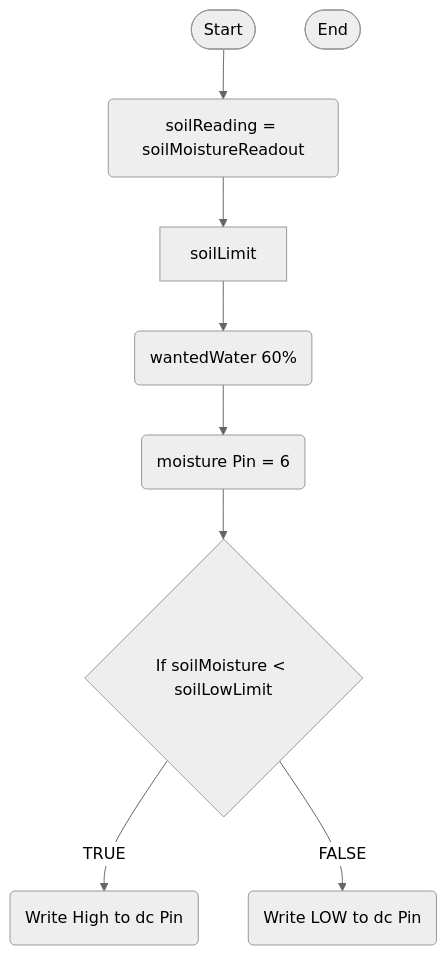
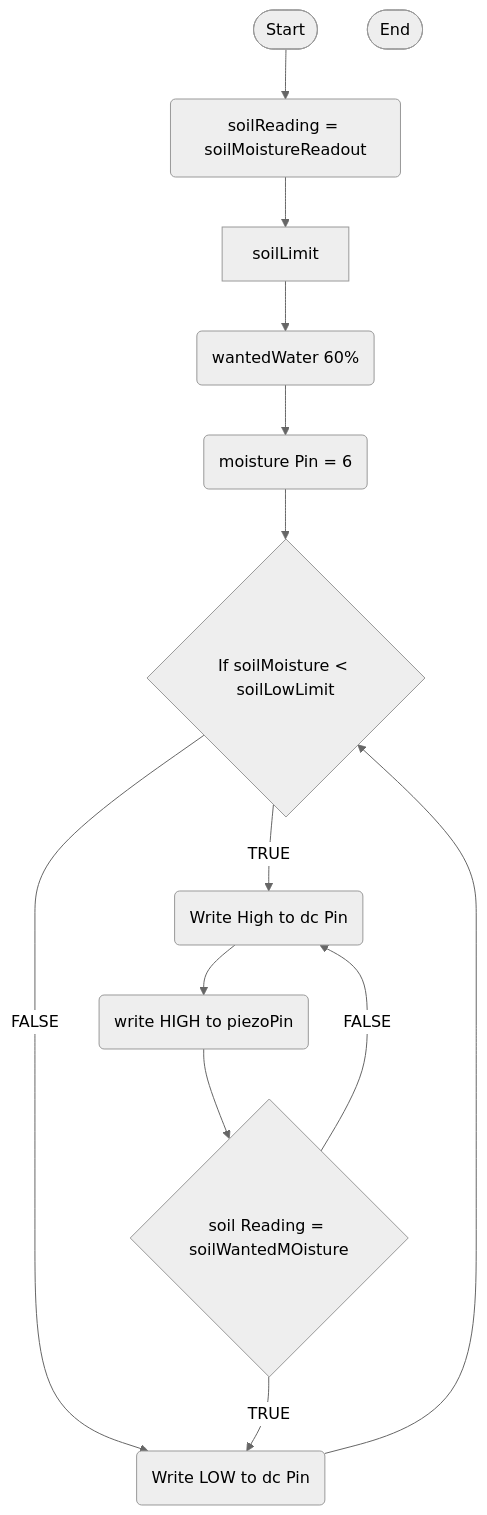
Before and after one commit to GodlyBlueDog/Automatic-GreenHouse-Person-Detection: the second of 5 diagrams in logic.md, drawn with Mermaid (neutral theme). The commit also changed other lines of this file, not shown here.

````diff
--- a/logic.md
+++ b/logic.md
@@ -123,34 +123,39 @@
 ```mermaid
 flowchart TD
 terminalStart([Start])
 terminalEnd([End])
 
-
+watering{soil Reading = soilWantedMOisture}
 soilMoistureSensor(soilReading = soilMoistureReadout)
-soilMoisture(wantedWater 60%)
+soilWantedMoisture(wantedWater 60%)
 moisturePin(moisture Pin = 6)
 moistureCheck{If soilMoisture < soilLowLimit}
 dcHIGH(Write High to dc Pin)
  dcLOW(Write LOW to dc Pin)
 terminalStart --> soilMoistureSensor
 soilMoistureSensor --> soilLimit
-soilLimit --> soilMoisture
-soilMoisture --> moisturePin
+soilLimit --> soilWantedMoisture
+soilWantedMoisture --> moisturePin
  moisturePin --> moistureCheck
  moistureCheck --> |TRUE| dcHIGH
   moistureCheck --> |FALSE| dcLOW
+  dcHIGH --> activatePiezo(write HIGH to piezoPin)
+  activatePiezo(write HIGH to piezoPin) --> watering
+  watering --> |TRUE|dcLOW
+  watering --> |FALSE|dcHIGH
+  dcLOW --> moistureCheck
 
 
 
 
 
 
 
 
 
 
 
 
 
 
 ```
````
